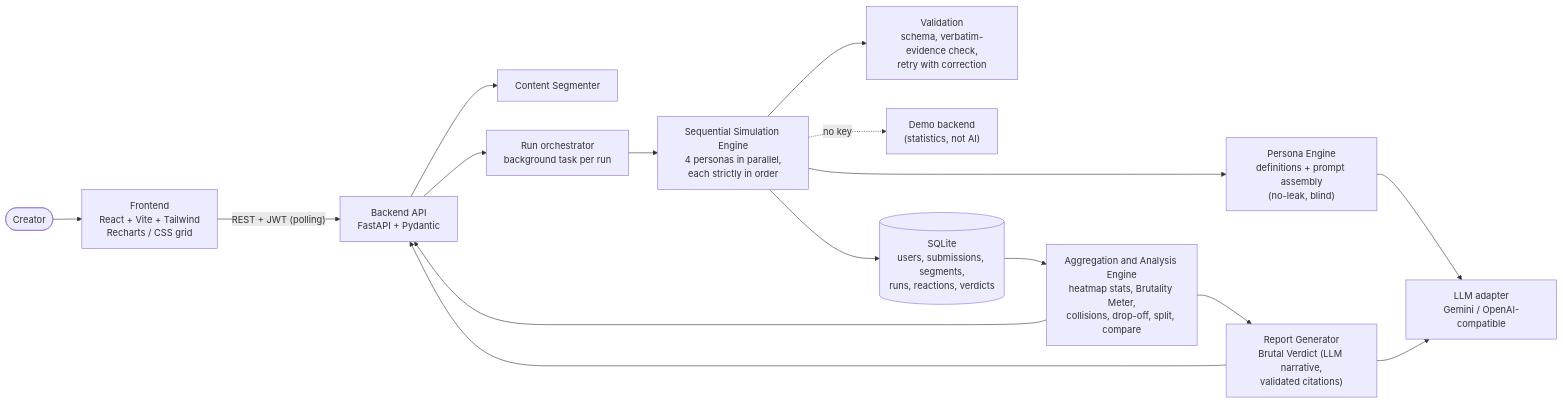
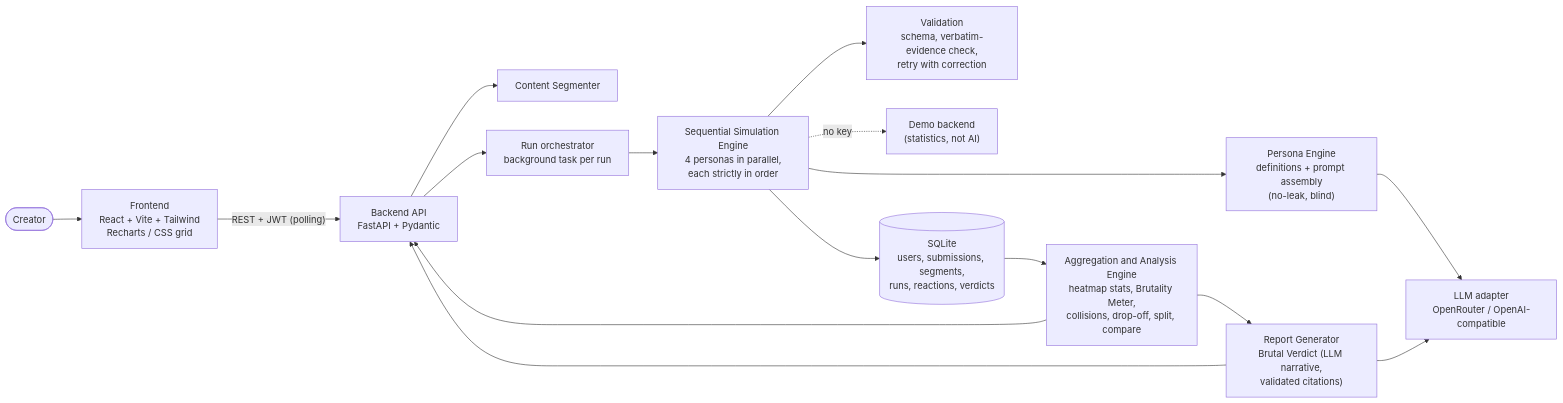
The diagram in README.md (archita-mitra-dev/Brutal-Audience), drawn with Mermaid before and after one commit. The commit also changed other lines of this file and 2 other files, not shown here.

Commit message:
chore: update react-router-dom to version 7.18.6 and vite to version 8.3.8

````diff
--- a/README.md
+++ b/README.md
@@ -120,18 +120,18 @@
 ```mermaid
 flowchart LR
     U([Creator]) --> FE["Frontend<br/>React + Vite + Tailwind<br/>Recharts / CSS grid"]
     FE -- "REST + JWT (polling)" --> API["Backend API<br/>FastAPI + Pydantic"]
     API --> SEG["Content Segmenter"]
     API --> ORCH["Run orchestrator<br/>background task per run"]
     ORCH --> ENG["Sequential Simulation Engine<br/>4 personas in parallel,<br/>each strictly in order"]
     ENG --> PR["Persona Engine<br/>definitions + prompt assembly<br/>(no-leak, blind)"]
     ENG --> VAL["Validation<br/>schema, verbatim-evidence check,<br/>retry with correction"]
-    PR --> LLM["LLM adapter<br/>Gemini / OpenAI-compatible"]
+    PR --> LLM["LLM adapter<br/>OpenRouter / OpenAI-compatible"]
     ENG -.no key.-> DEMO["Demo backend<br/>(statistics, not AI)"]
     ENG --> DB[("SQLite<br/>users, submissions, segments,<br/>runs, reactions, verdicts")]
     DB --> AGG["Aggregation and Analysis Engine<br/>heatmap stats, Brutality Meter,<br/>collisions, drop-off, split, compare"]
     AGG --> REP["Report Generator<br/>Brutal Verdict (LLM narrative,<br/>validated citations)"]
     AGG --> API
     REP --> LLM
     REP --> API
 ```
````
